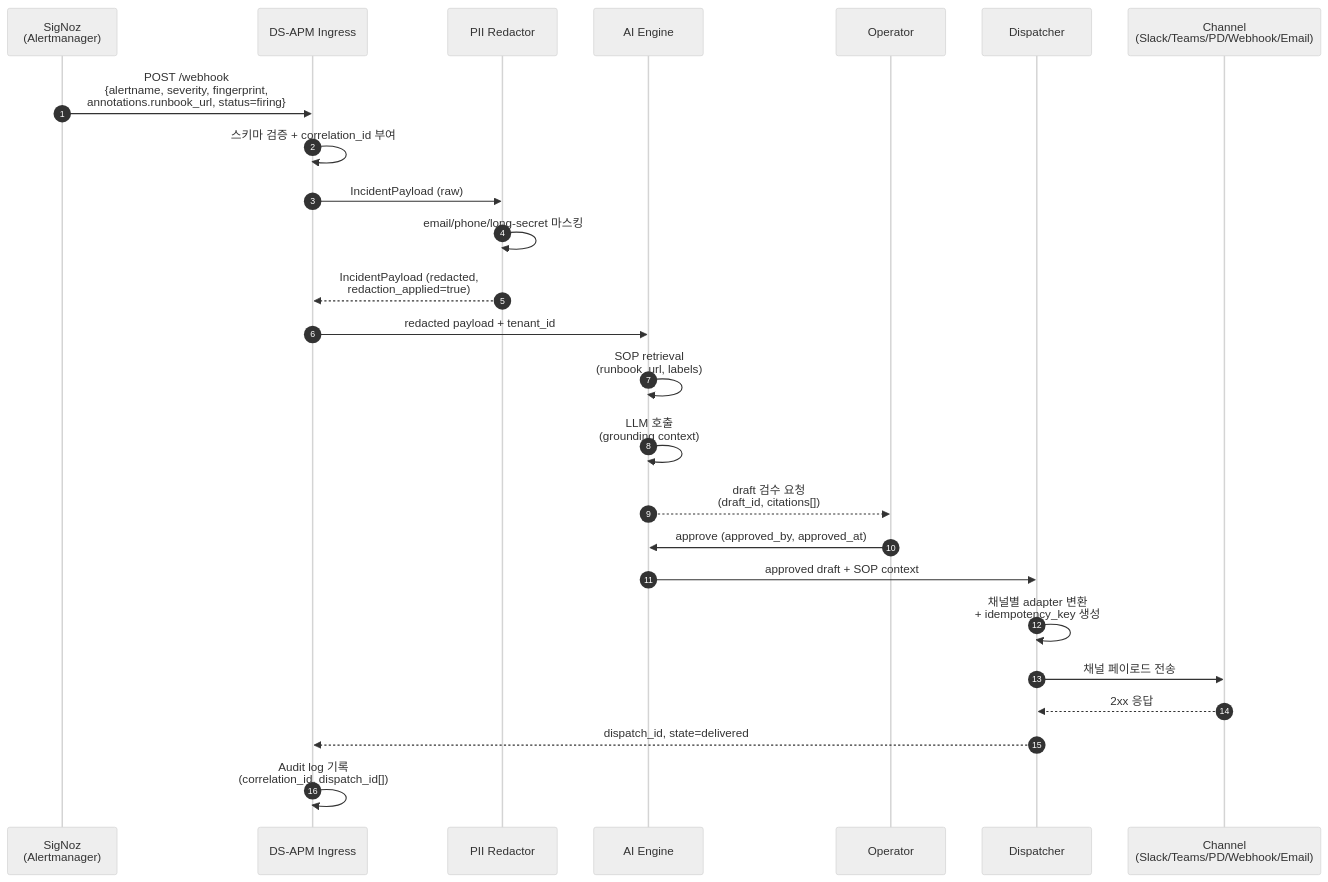
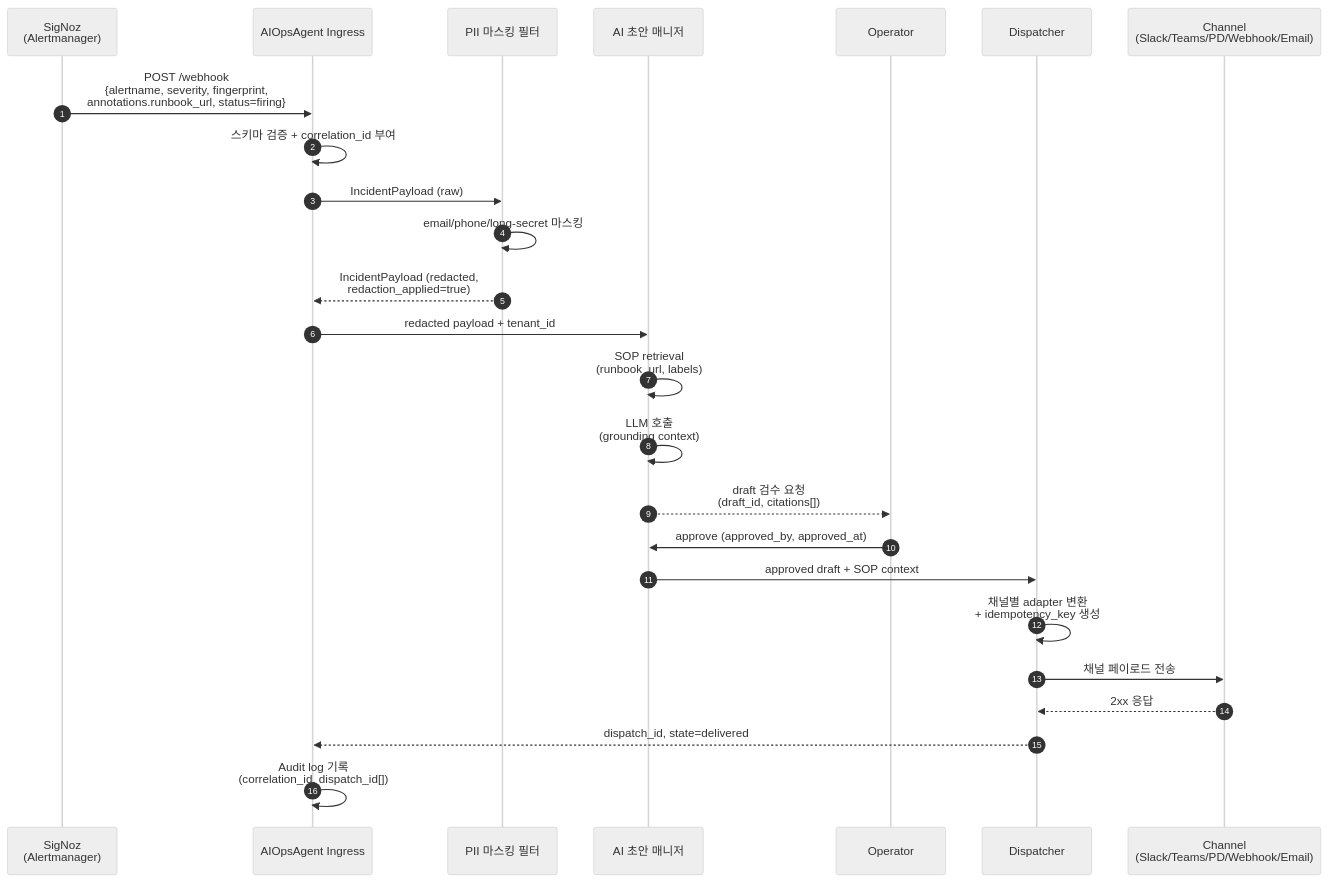
The first of 2 diagrams in docs/spec/02-usecase/cases/UC-001-incident-to-channel.md (figure-team/ds-apm), drawn with Mermaid (neutral theme) before and after one commit. The commit also changed other lines of this file and 41 other files, not shown here.

````diff
--- a/docs/spec/02-usecase/cases/UC-001-incident-to-channel.md
+++ b/docs/spec/02-usecase/cases/UC-001-incident-to-channel.md
@@ -125,28 +125,28 @@
 ```mermaid
 sequenceDiagram
     autonumber
     participant SN as SigNoz<br/>(Alertmanager)
-    participant IN as DS-APM Ingress
-    participant PII as PII Redactor
-    participant AI as AI Engine
+    participant IN as AIOpsAgent Ingress
+    participant PII as PII 마스킹 필터
+    participant AI as AI 초안 매니저
     participant OP as Operator
     participant DS as Dispatcher
     participant CH as Channel<br/>(Slack/Teams/PD/Webhook/Email)
 
     SN->>IN: POST /webhook<br/>{alertname, severity, fingerprint,<br/>annotations.runbook_url, status=firing}
     IN->>IN: 스키마 검증 + correlation_id 부여
     IN->>PII: IncidentPayload (raw)
     PII->>PII: email/phone/long-secret 마스킹
     PII-->>IN: IncidentPayload (redacted,<br/>redaction_applied=true)
     IN->>AI: redacted payload + tenant_id
     AI->>AI: SOP retrieval<br/>(runbook_url, labels)
     AI->>AI: LLM 호출<br/>(grounding context)
     AI-->>OP: draft 검수 요청<br/>(draft_id, citations[])
     OP->>AI: approve (approved_by, approved_at)
     AI->>DS: approved draft + SOP context
     DS->>DS: 채널별 adapter 변환<br/>+ idempotency_key 생성
     DS->>CH: 채널 페이로드 전송
     CH-->>DS: 2xx 응답
     DS-->>IN: dispatch_id, state=delivered
     IN->>IN: Audit log 기록<br/>(correlation_id, dispatch_id[])
 ```
````
